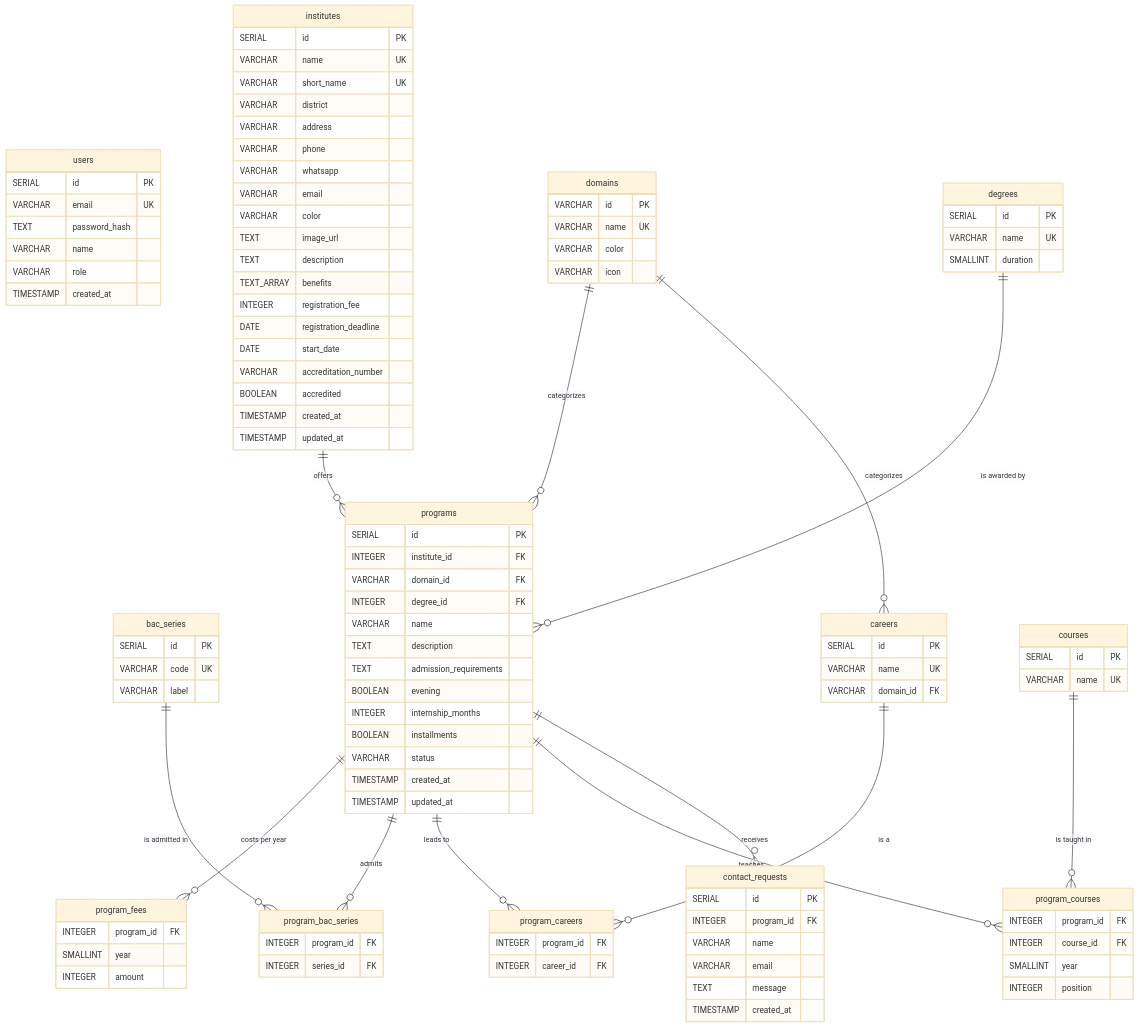
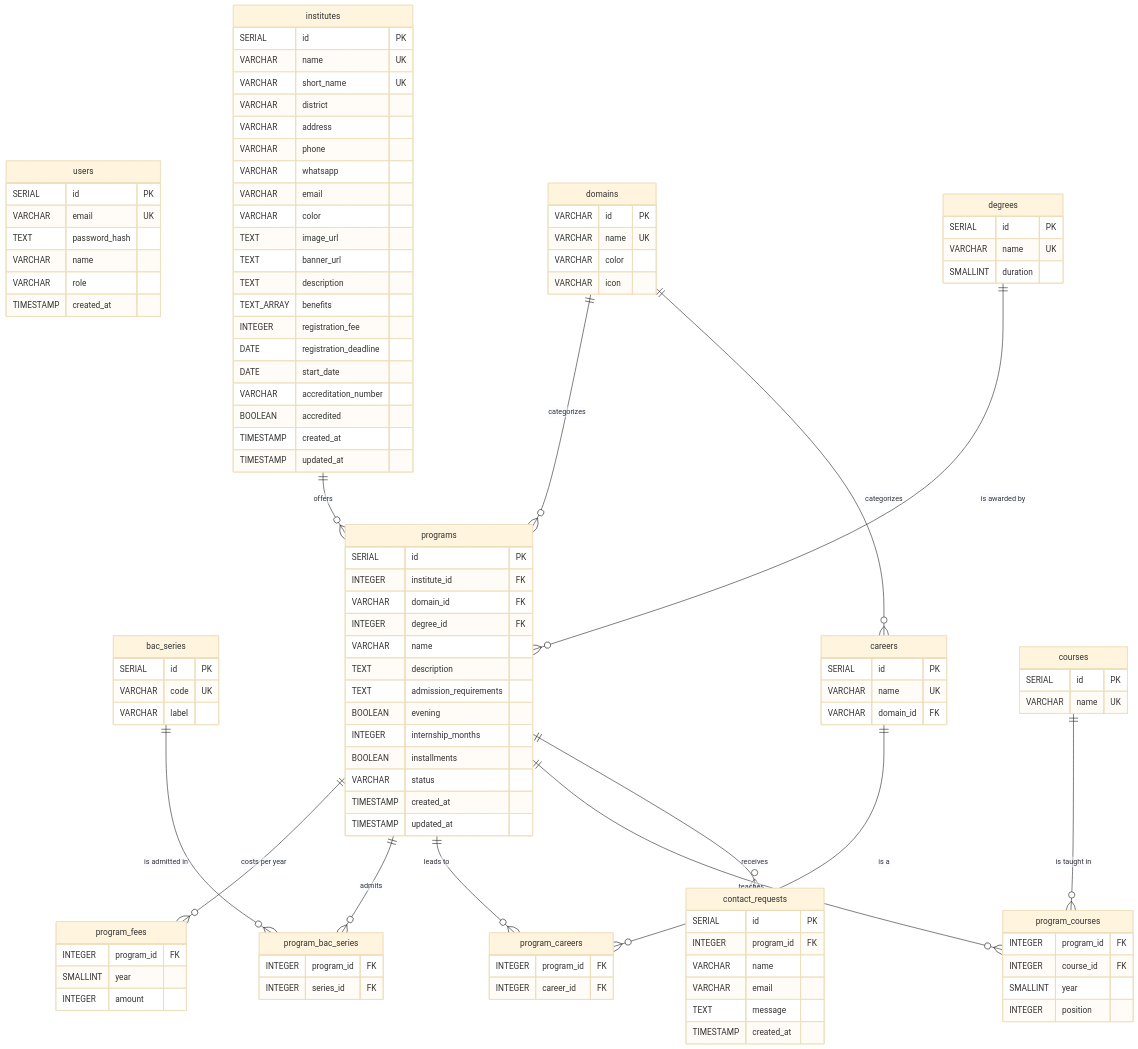
One commit to Flammeduciel/s17-squad15-orienta changed the diagram in docs/schema.md. Above: the diagram before and after it, drawn with Mermaid (base theme). The commit also changed other lines of this file and 6 other files, not shown here.

```diff
--- a/docs/schema.md
+++ b/docs/schema.md
@@ -47,6 +47,7 @@
         VARCHAR email
         VARCHAR color
         TEXT image_url
+        TEXT banner_url
         TEXT description
         TEXT_ARRAY benefits
         INTEGER registration_fee
```
